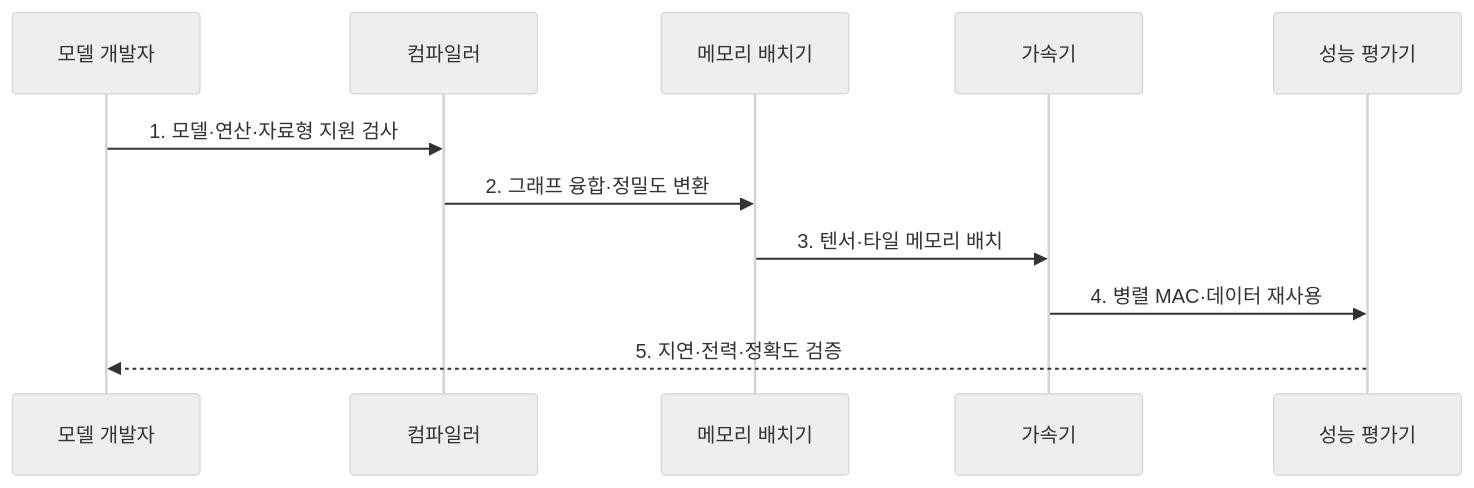
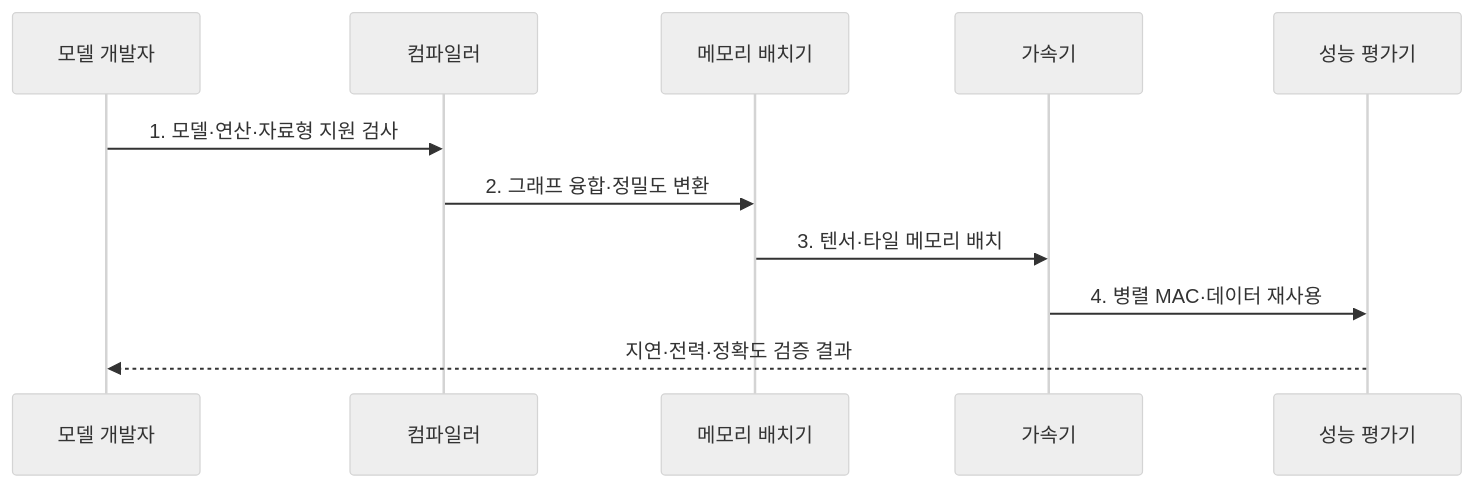
Before and after one commit to agnusdei1207/knowledge-base: the second of 2 diagrams in src/content/docs/notes/08-latest-tech/140_ai_accelerator.md, drawn with Mermaid (neutral theme). The commit also changed other lines of this file and 225 other files, not shown here.

````diff
--- a/src/content/docs/notes/08-latest-tech/140_ai_accelerator.md
+++ b/src/content/docs/notes/08-latest-tech/140_ai_accelerator.md
@@ -83,13 +85,13 @@
 ```mermaid
 sequenceDiagram
     participant M as 모델 개발자
     participant C as 컴파일러
     participant O as 메모리 배치기
     participant A as 가속기
     participant E as 성능 평가기
     M->>C: 1. 모델·연산·자료형 지원 검사
     C->>O: 2. 그래프 융합·정밀도 변환
     O->>A: 3. 텐서·타일 메모리 배치
     A->>E: 4. 병렬 MAC·데이터 재사용
-    E-->>M: 5. 지연·전력·정확도 검증
+    E-->>M: 지연·전력·정확도 검증 결과
 ```
````
